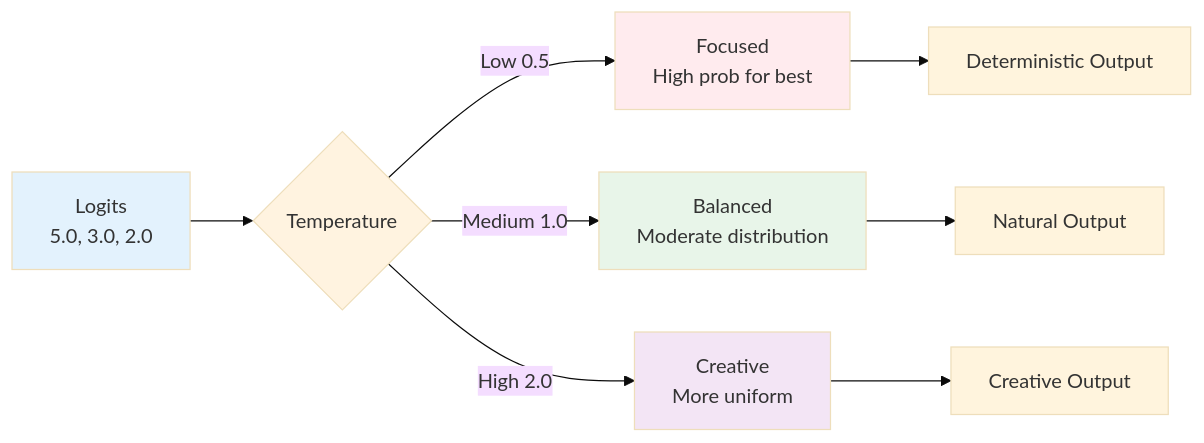
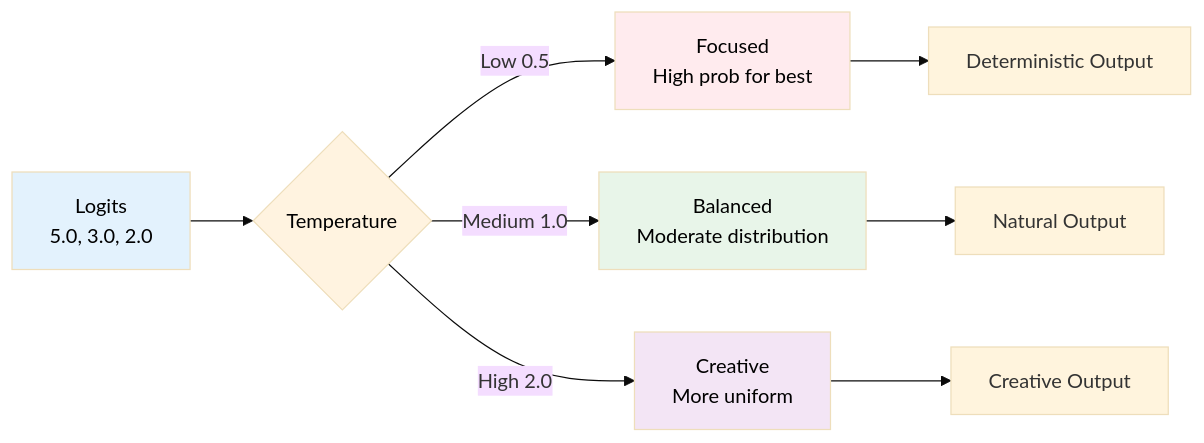
The third of 3 diagrams in docs/session_1/8_math_fundamentals.md (iNavLabsResearch/ai_starter), drawn with Mermaid (base theme) before and after one commit. The commit also changed other lines of this file and 8 other files, not shown here.

First line of the commit message:
Fix Mermaid diagram text visibility - set all text to black

````diff
--- a/docs/session_1/8_math_fundamentals.md
+++ b/docs/session_1/8_math_fundamentals.md
@@ -302,17 +302,17 @@
 ```mermaid
 graph LR
     A[Logits<br/>5.0, 3.0, 2.0] --> B{Temperature}
     B -->|Low 0.5| C[Focused<br/>High prob for best]
     B -->|Medium 1.0| D[Balanced<br/>Moderate distribution]
     B -->|High 2.0| E[Creative<br/>More uniform]
     
     C --> F[Deterministic Output]
     D --> G[Natural Output]
     E --> H[Creative Output]
     
-    style A fill:#e3f2fd
-    style B fill:#fff3e0
-    style C fill:#ffebee
-    style D fill:#e8f5e9
-    style E fill:#f3e5f5
+    style A fill:#e3f2fd,color:#000000
+    style B fill:#fff3e0,color:#000000
+    style C fill:#ffebee,color:#000000
+    style D fill:#e8f5e9,color:#000000
+    style E fill:#f3e5f5,color:#000000
 ```
````
